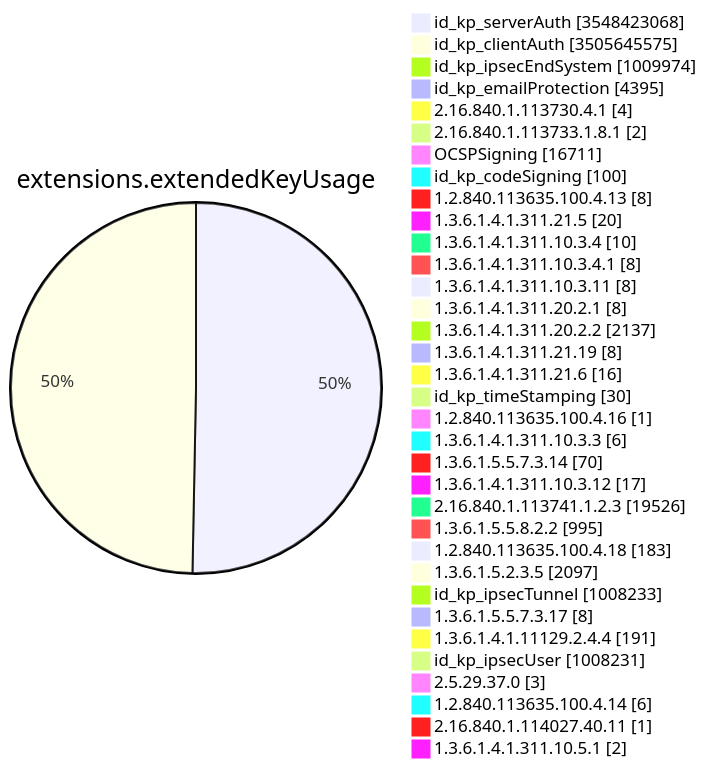
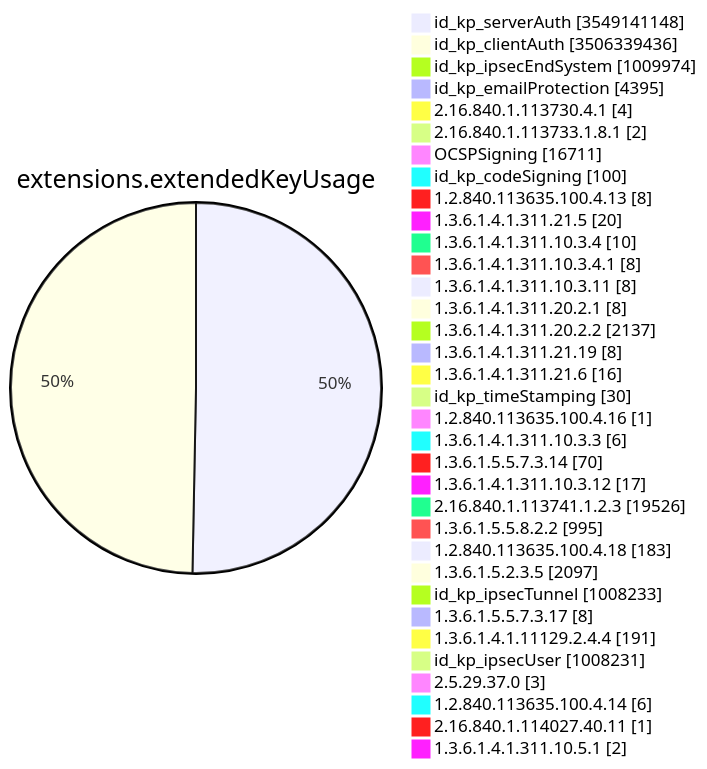
Diagram 11 of 15 in TOTAL/README.md (christiankrug/ctmonitor_visualization), drawn with Mermaid before and after one commit. The commit also changed other lines of this file, not shown here.

````diff
--- a/TOTAL/README.md
+++ b/TOTAL/README.md
@@ -4127,38 +4127,38 @@
 ```mermaid
 pie showData
 title extensions.extendedKeyUsage
-"id_kp_serverAuth" :3548423068
-"id_kp_clientAuth" :3505645575
+"id_kp_serverAuth" :3549141148
+"id_kp_clientAuth" :3506339436
 "id_kp_ipsecEndSystem" :1009974
 "id_kp_emailProtection" :4395
 "2.16.840.1.113730.4.1" :4
 "2.16.840.1.113733.1.8.1" :2
 "OCSPSigning" :16711
 "id_kp_codeSigning" :100
 "1.2.840.113635.100.4.13" :8
 "1.3.6.1.4.1.311.21.5" :20
 "1.3.6.1.4.1.311.10.3.4" :10
 "1.3.6.1.4.1.311.10.3.4.1" :8
 "1.3.6.1.4.1.311.10.3.11" :8
 "1.3.6.1.4.1.311.20.2.1" :8
 "1.3.6.1.4.1.311.20.2.2" :2137
 "1.3.6.1.4.1.311.21.19" :8
 "1.3.6.1.4.1.311.21.6" :16
 "id_kp_timeStamping" :30
 "1.2.840.113635.100.4.16" :1
 "1.3.6.1.4.1.311.10.3.3" :6
 "1.3.6.1.5.5.7.3.14" :70
 "1.3.6.1.4.1.311.10.3.12" :17
 "2.16.840.1.113741.1.2.3" :19526
 "1.3.6.1.5.5.8.2.2" :995
 "1.2.840.113635.100.4.18" :183
 "1.3.6.1.5.2.3.5" :2097
 "id_kp_ipsecTunnel" :1008233
 "1.3.6.1.5.5.7.3.17" :8
 "1.3.6.1.4.1.11129.2.4.4" :191
 "id_kp_ipsecUser" :1008231
 "2.5.29.37.0" :3
 "1.2.840.113635.100.4.14" :6
 "2.16.840.1.114027.40.11" :1
 "1.3.6.1.4.1.311.10.5.1" :2
 ```
````
